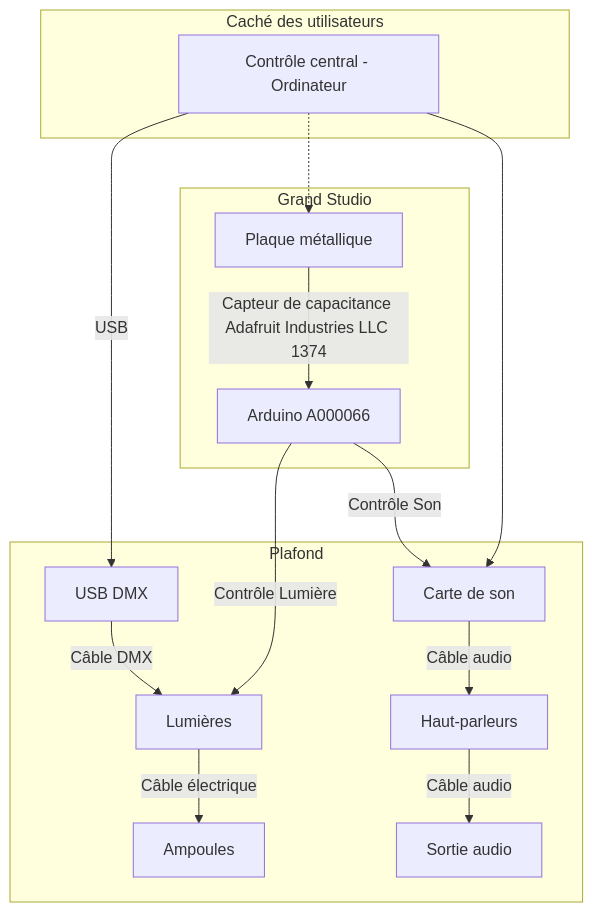
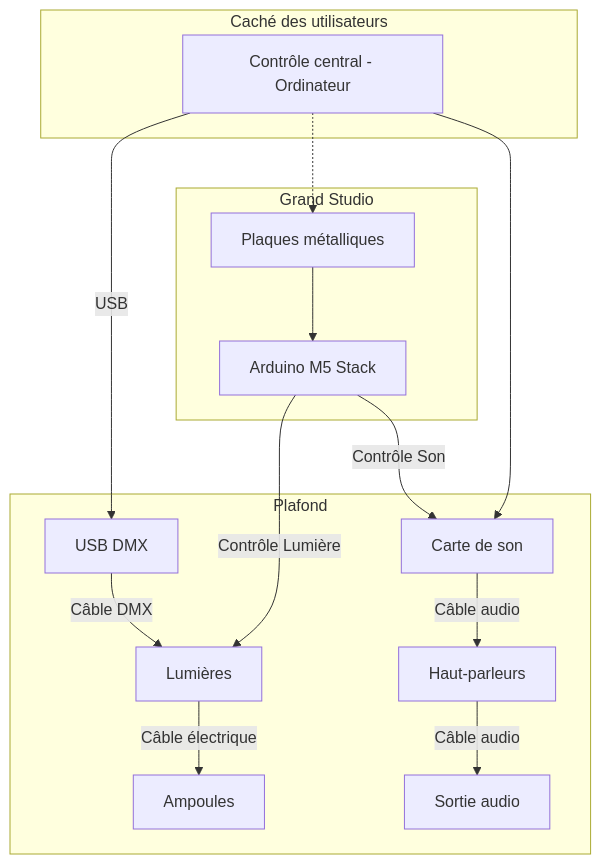
One commit to Miaou-Mafia/projet-luminatura changed the diagram in 30_production/30_synoptique/README.md. Above: the diagram before and after it, drawn with Mermaid. The commit also changed other lines of this file and 10 other files, not shown here.

````diff
--- a/30_production/30_synoptique/README.md
+++ b/30_production/30_synoptique/README.md
@@ -2,47 +2,47 @@
 ```mermaid
 graph TD;
 
 %% Composants
     Ordinateur[Contrôle central - Ordinateur]
     DMX[USB DMX]
     Lumieres[Lumières]
     Ampoule[Ampoules]
     CarteSon[Carte de son]
     HautParleur[Haut-parleurs]
     SortieAudio[Sortie audio]
 
-    PlaqueMetalique[Plaque métallique]
-    ArduinoA000066[Arduino A000066]
+    PlaqueMetalique[Plaques métalliques]
+    Arduino[Arduino M5 Stack]
 
     %% Emplacements
     subgraph Caché des utilisateurs
         Ordinateur
     end
 
     subgraph Plafond
         DMX
         Lumieres
         Ampoule 
         CarteSon
         HautParleur
         SortieAudio
     end
 
     subgraph Grand Studio
         PlaqueMetalique
-        ArduinoA000066
+        Arduino
     end
 
     %% Connexions
     Ordinateur -->|USB| DMX
     Ordinateur --> CarteSon
     Ordinateur -.-> PlaqueMetalique
-    PlaqueMetalique -->|Capteur de capacitance Adafruit Industries LLC 1374| ArduinoA000066
-    ArduinoA000066 -->|Contrôle Lumière| Lumieres
-    ArduinoA000066 -->|Contrôle Son| CarteSon
+    PlaqueMetalique --> Arduino
+    Arduino -->|Contrôle Lumière| Lumieres
+    Arduino -->|Contrôle Son| CarteSon
     DMX -->|Câble DMX| Lumieres
     Lumieres -->|Câble électrique| Ampoule
     CarteSon -->|Câble audio| HautParleur
     HautParleur -->|Câble audio| SortieAudio
 
 ```
````
